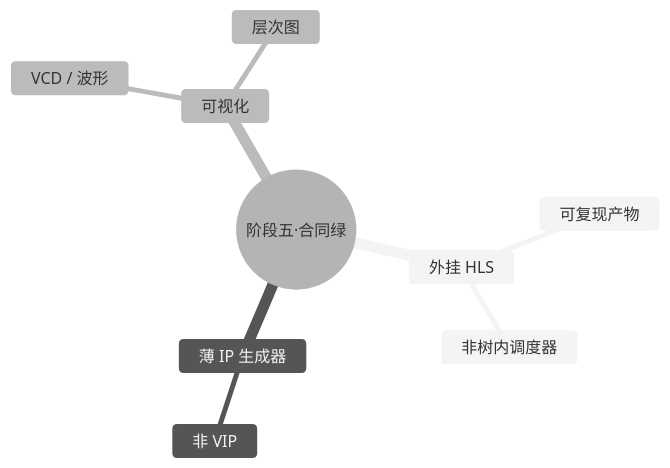
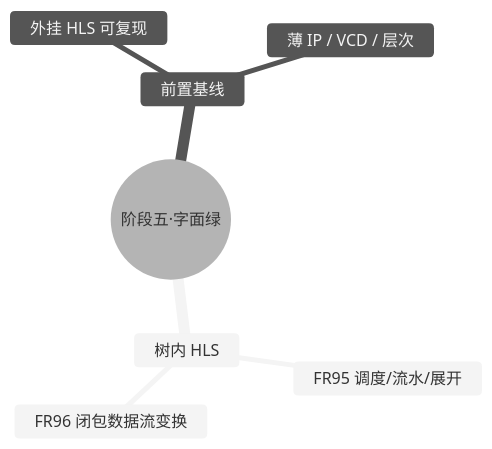
Before and after one commit to TangCan/bitloom: the seventh of 11 diagrams in docs/requirements/19. 实施路线图.md, drawn with Mermaid (neutral theme). The commit also changed other lines of this file and 10 other files, not shown here.

````diff
--- a/docs/requirements/19. 实施路线图.md
+++ b/docs/requirements/19. 实施路线图.md
@@ -244,12 +241,10 @@
 ```mermaid
 mindmap
-  root((阶段五·合同绿))
-    外挂 HLS
-      可复现产物
-      非树内调度器
-    薄 IP 生成器
-      非 VIP
-    可视化
-      VCD / 波形
-      层次图
+  root((阶段五·字面绿))
+    树内 HLS
+      FR95 调度/流水/展开
+      FR96 闭包数据流变换
+    前置基线
+      外挂 HLS 可复现
+      薄 IP / VCD / 层次
 ```
````
